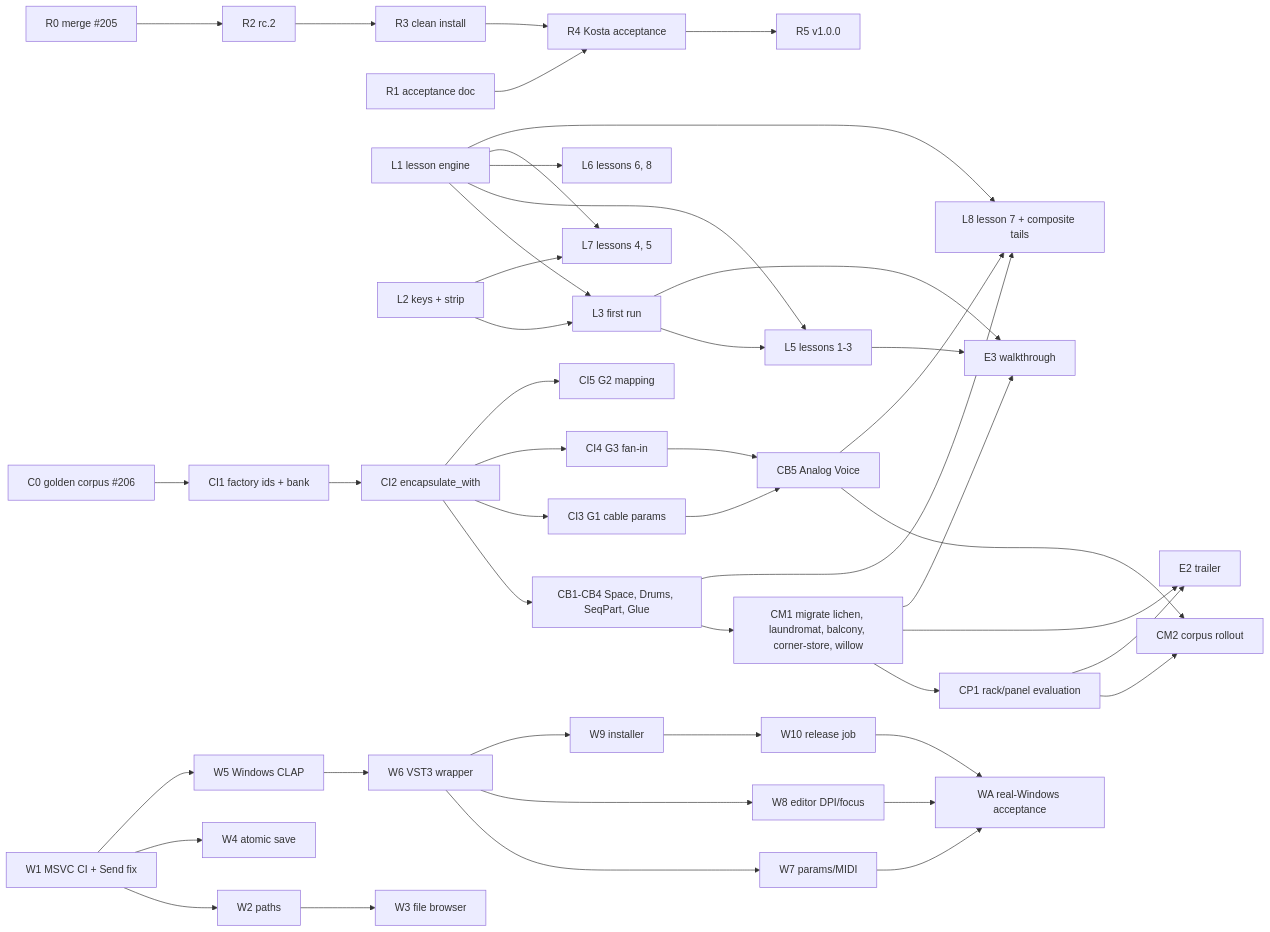
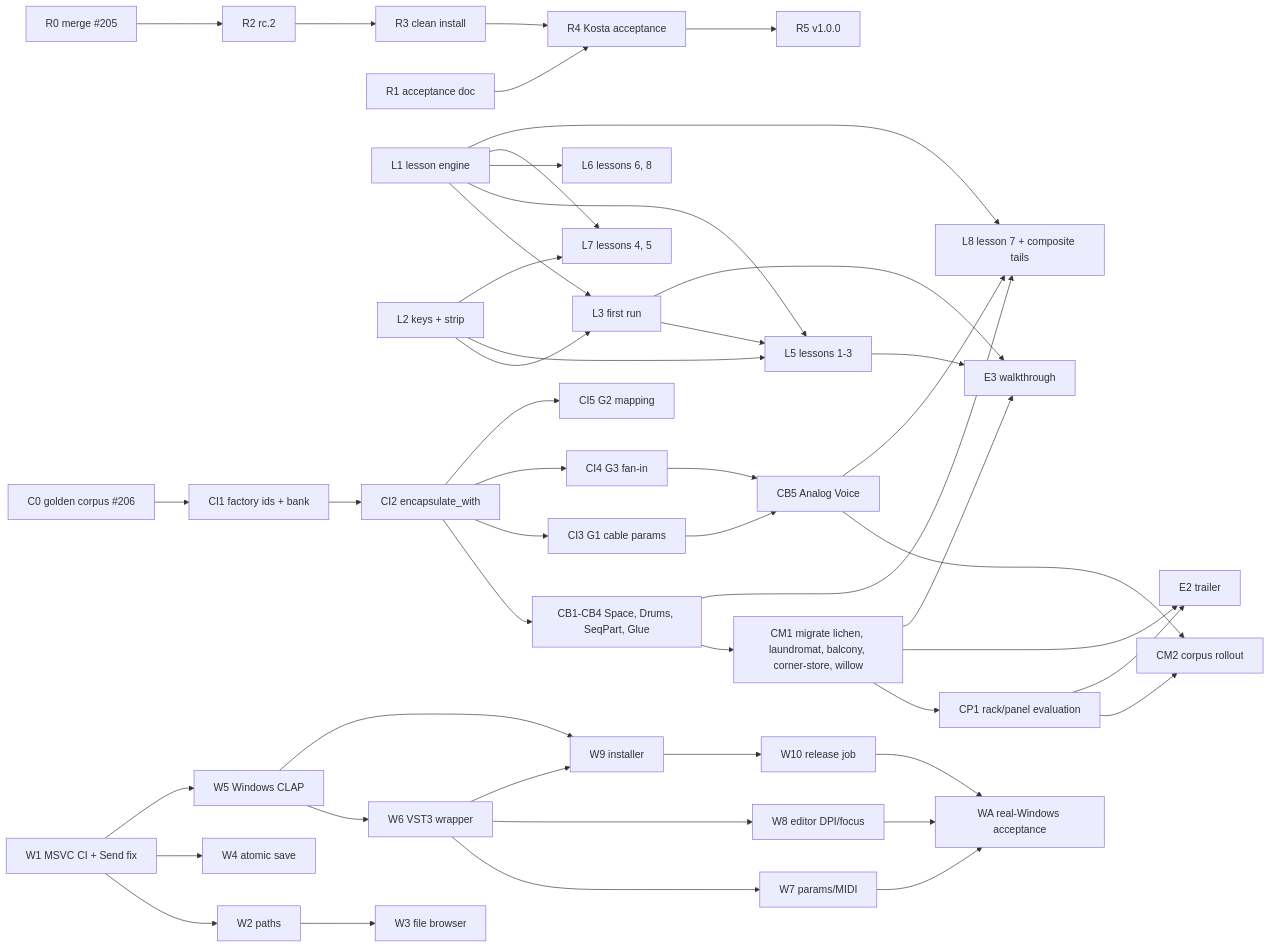
One commit to stcksmsh/kabl changed the diagram in docs/ROADMAP.md. Above: the diagram before and after it, drawn with Mermaid. The commit also changed other lines of this file and 2 other files, not shown here.

First line of the commit message:
docs: address review on the pivot roadmap

````diff
--- a/docs/ROADMAP.md
+++ b/docs/ROADMAP.md
@@ -339,41 +364,43 @@
 ```mermaid
 graph LR
   R0[R0 merge #205] --> R2[R2 rc.2] --> R3[R3 clean install] --> R4[R4 Kosta acceptance] --> R5[R5 v1.0.0]
   R1[R1 acceptance doc] --> R4
   L1[L1 lesson engine] --> L3[L3 first run]
   L2[L2 keys + strip] --> L3
   L1 --> L5[L5 lessons 1-3]
+  L2 --> L5
   L3 --> L5
   L1 --> L6[L6 lessons 6, 8]
   L1 --> L7[L7 lessons 4, 5]
   L2 --> L7
   C0[C0 golden corpus #206] --> CI1[CI1 factory ids + bank]
   CI1 --> CI2[CI2 encapsulate_with]
   CI2 --> CB[CB1-CB4 Space, Drums, SeqPart, Glue]
   CB --> CM1[CM1 migrate lichen, laundromat, balcony, corner-store, willow]
   CM1 --> CP1[CP1 rack/panel evaluation]
   CI2 --> CI3[CI3 G1 cable params]
   CI2 --> CI4[CI4 G3 fan-in]
   CI2 --> CI5[CI5 G2 mapping]
   CI3 --> CB5[CB5 Analog Voice]
   CI4 --> CB5
   CP1 --> CM2[CM2 corpus rollout]
   CB5 --> CM2
   CB --> L8[L8 lesson 7 + composite tails]
   CB5 --> L8
   L1 --> L8
   W1[W1 MSVC CI + Send fix] --> W2[W2 paths] --> W3[W3 file browser]
   W1 --> W4[W4 atomic save]
   W1 --> W5[W5 Windows CLAP] --> W6[W6 VST3 wrapper]
   W6 --> W7[W7 params/MIDI]
   W6 --> W8[W8 editor DPI/focus]
   W6 --> W9[W9 installer] --> W10[W10 release job]
+  W5 --> W9
   W7 --> WA[WA real-Windows acceptance]
   W8 --> WA
   W10 --> WA
   CM1 --> E2[E2 trailer]
   CP1 --> E2
   L3 --> E3[E3 walkthrough]
   L5 --> E3
   CM1 --> E3
 ```
````
